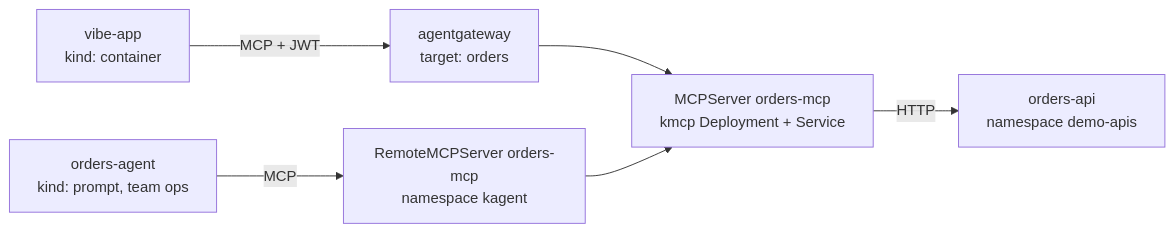
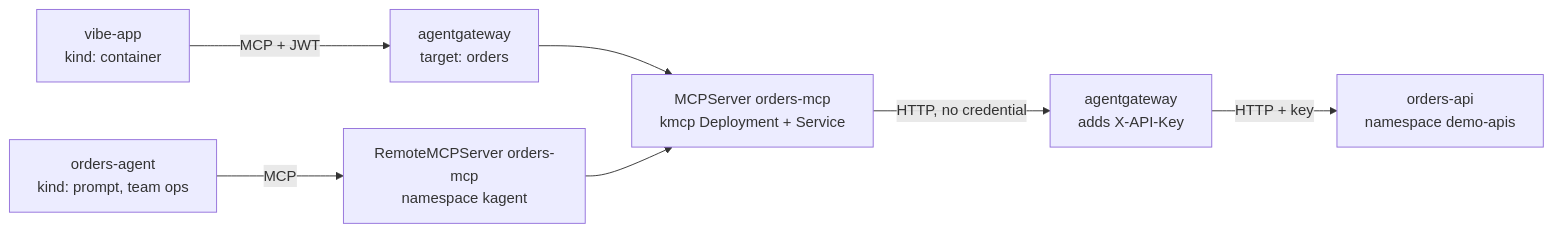
The first of 2 diagrams in docs/examples.md (dackota/agent-golden-path), drawn with Mermaid before and after one commit. The commit also changed other lines of this file and 12 other files, not shown here.

First line of the commit message:
feat(gateway): the gateway holds the credential for a tool's API

````diff
--- a/docs/examples.md
+++ b/docs/examples.md
@@ -12,7 +12,7 @@
 ```mermaid
 flowchart LR
   A[orders-agent<br/>kind: prompt, team ops] -->|MCP| R[RemoteMCPServer orders-mcp<br/>namespace kagent]
   V[vibe-app<br/>kind: container] -->|MCP + JWT| G[agentgateway<br/>target: orders] --> S
   R --> S[MCPServer orders-mcp<br/>kmcp Deployment + Service]
-  S -->|HTTP| O[orders-api<br/>namespace demo-apis]
+  S -->|HTTP, no credential| GW[agentgateway<br/>adds X-API-Key] -->|HTTP + key| O[orders-api<br/>namespace demo-apis]
 ```
````
